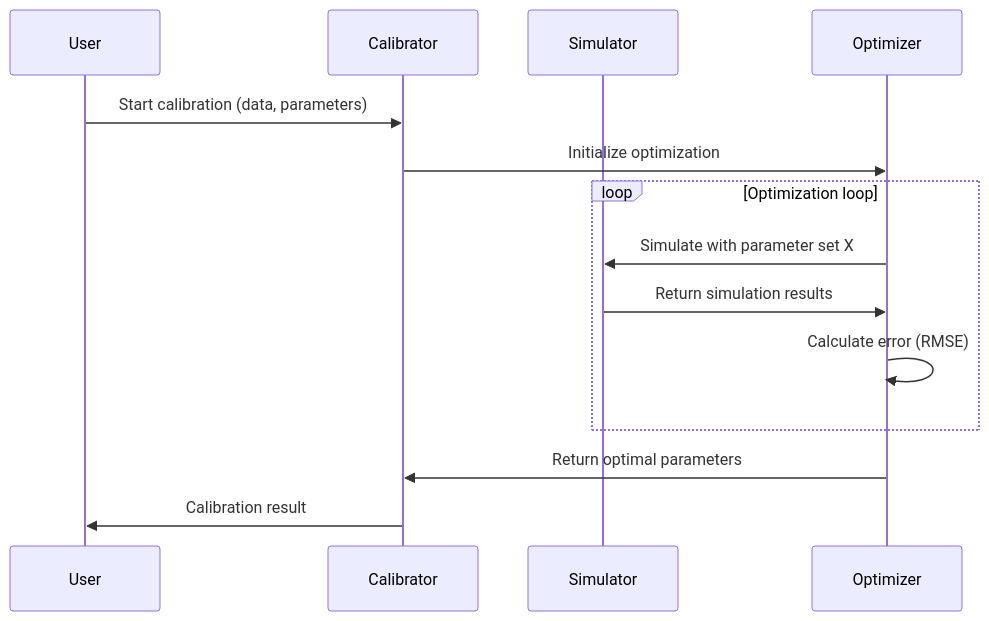
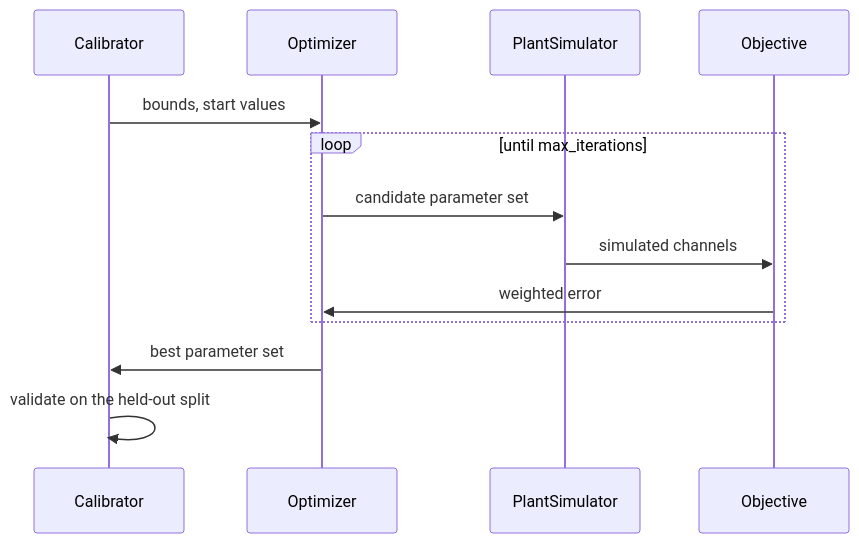
One commit to dgaida/PyADM1ODE_calibration changed the second of 2 diagrams in docs/en/architecture/index.md. Above: the diagram before and after it, drawn with Mermaid. The commit also changed other lines of this file and 143 other files, not shown here.

First line of the commit message:
Refactor and enhance unit tests for database, repositories, schema, tabular CSV sources, and units

````diff
--- a/docs/en/architecture/index.md
+++ b/docs/en/architecture/index.md
@@ -32,17 +33,16 @@
 ```mermaid
 sequenceDiagram
-    participant U as User
     participant C as Calibrator
-    participant S as Simulator
     participant O as Optimizer
+    participant S as PlantSimulator
+    participant J as Objective
 
-    U->>C: Start calibration (data, parameters)
-    C->>O: Initialize optimization
-    loop Optimization loop
-        O->>S: Simulate with parameter set X
-        S->>O: Return simulation results
-        O->>O: Calculate error (RMSE)
+    C->>O: bounds, start values
+    loop until max_iterations
+        O->>S: candidate parameter set
+        S->>J: simulated channels
+        J->>O: weighted error
     end
-    O->>C: Return optimal parameters
-    C->>U: Calibration result
+    O->>C: best parameter set
+    C->>C: validate on the held-out split
 ```
````
